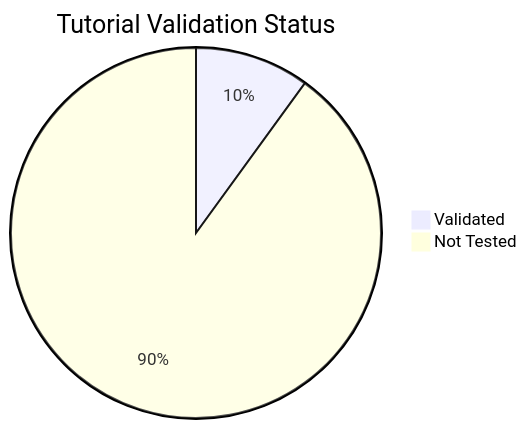
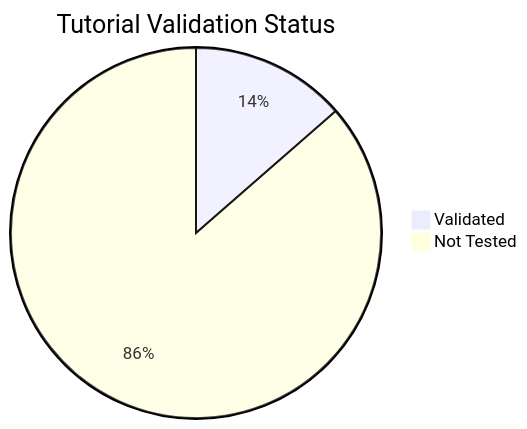
The diagram in docs/reference/validation-status.md (yeongseon/azure-container-apps-practical-guide), drawn with Mermaid before and after one commit. The commit also changed other lines of this file and 2 other files, not shown here.

````diff
--- a/docs/reference/validation-status.md
+++ b/docs/reference/validation-status.md
@@ -35,5 +35,5 @@
 ```mermaid
 pie title Tutorial Validation Status
-    "Validated" : 8
-    "Not Tested" : 72
+    "Validated" : 11
+    "Not Tested" : 70
 ```
````
